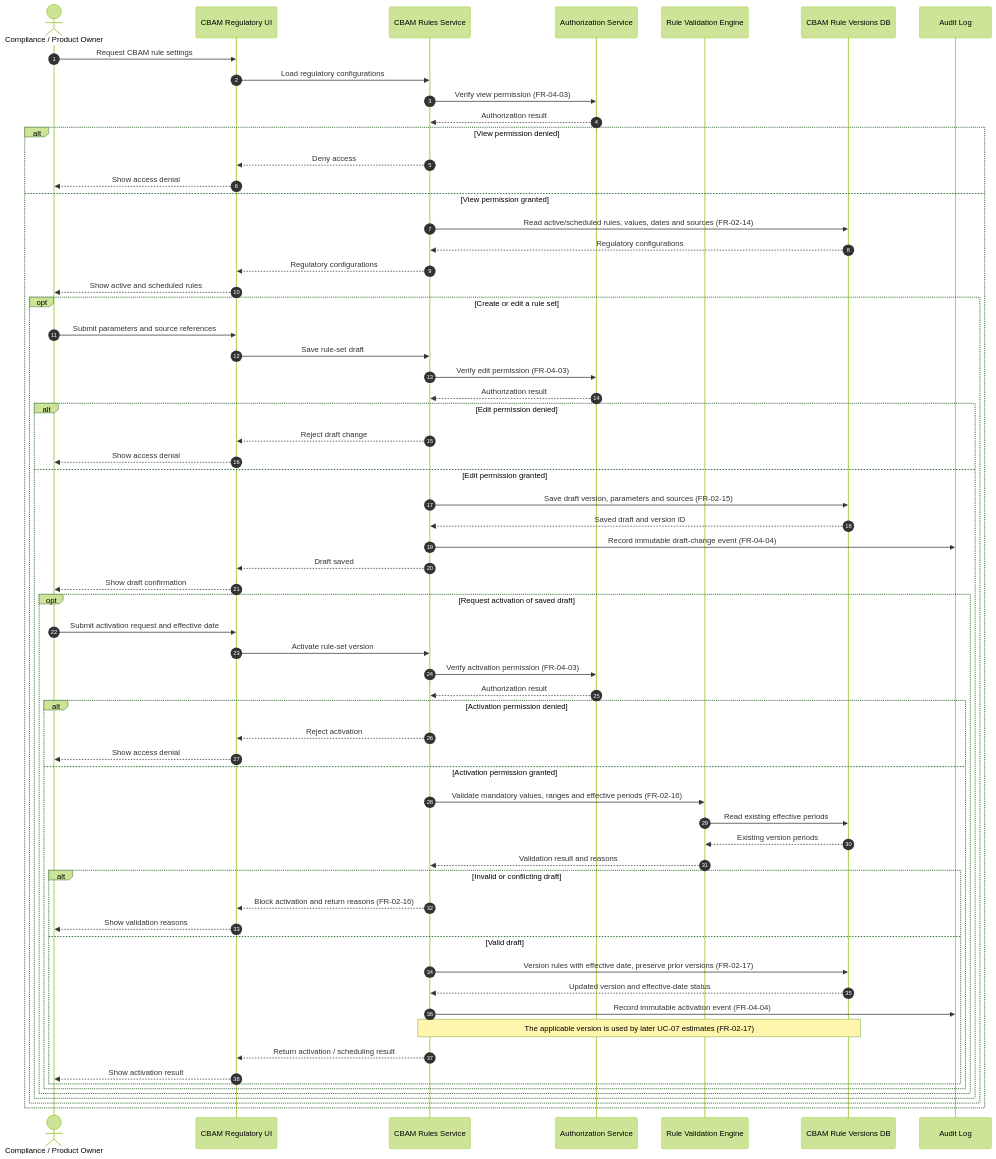
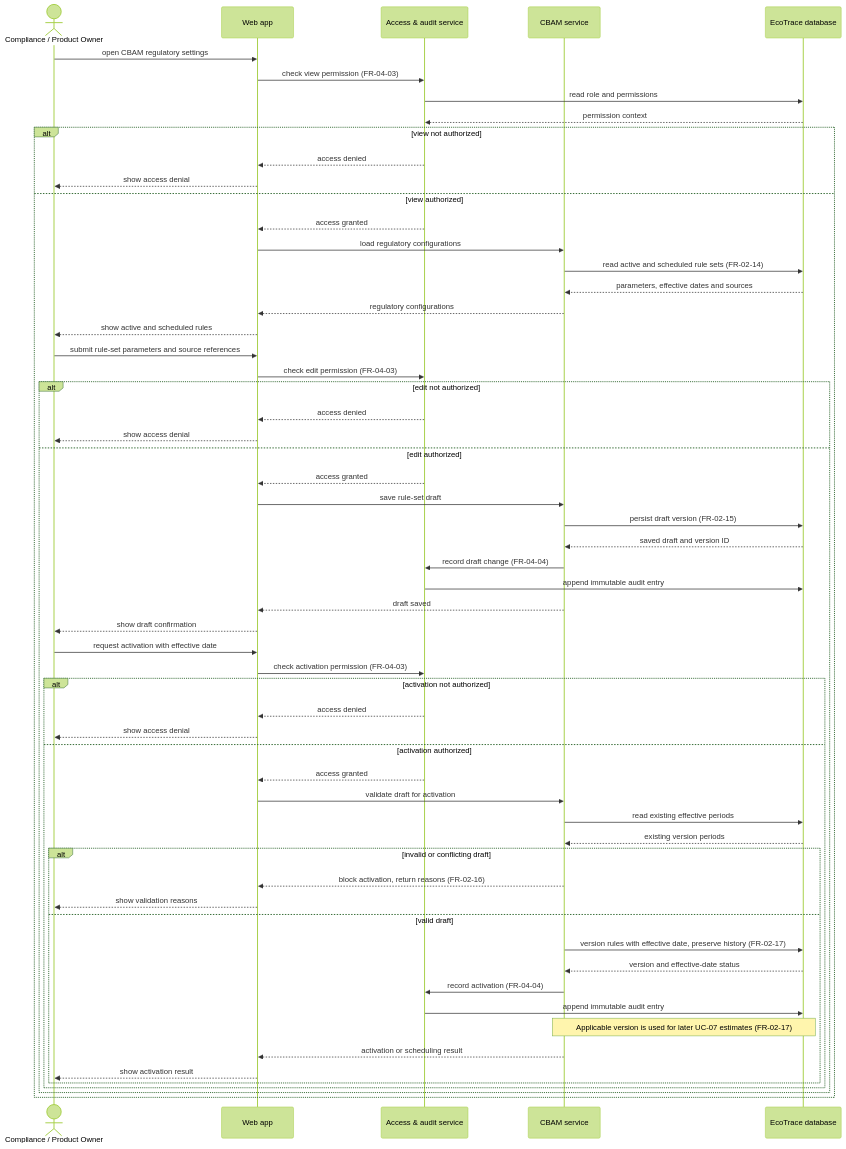
The diagram in docs/use-case/SD-UC-08.md (vankhanhnh-bag/HPDQ-CBAM-system), drawn with Mermaid (forest theme) before and after one commit. The commit also changed other lines of this file, not shown here.

````diff
--- a/docs/use-case/SD-UC-08.md
+++ b/docs/use-case/SD-UC-08.md
@@ -16,73 +12,62 @@
 ```mermaid
 sequenceDiagram
-    autonumber
-    actor PO as Compliance / Product Owner
-    participant UI as CBAM Regulatory UI
-    participant SVC as CBAM Rules Service
-    participant AUTH as Authorization Service
-    participant VAL as Rule Validation Engine
-    participant DB as CBAM Rule Versions DB
-    participant LOG as Audit Log
+  actor PO as Compliance / Product Owner
+  participant W as Web app
+  participant A as Access & audit service
+  participant C as CBAM service
+  participant D as EcoTrace database
 
-    PO->>UI: Request CBAM rule settings
-    UI->>SVC: Load regulatory configurations
-    SVC->>AUTH: Verify view permission (FR-04-03)
-    AUTH-->>SVC: Authorization result
-
-    alt View permission denied
-        SVC-->>UI: Deny access
-        UI-->>PO: Show access denial
-    else View permission granted
-        SVC->>DB: Read active/scheduled rules, values, dates and sources (FR-02-14)
-        DB-->>SVC: Regulatory configurations
-        SVC-->>UI: Regulatory configurations
-        UI-->>PO: Show active and scheduled rules
-
-        opt Create or edit a rule set
-            PO->>UI: Submit parameters and source references
-            UI->>SVC: Save rule-set draft
-            SVC->>AUTH: Verify edit permission (FR-04-03)
-            AUTH-->>SVC: Authorization result
-
-            alt Edit permission denied
-                SVC-->>UI: Reject draft change
-                UI-->>PO: Show access denial
-            else Edit permission granted
-                SVC->>DB: Save draft version, parameters and sources (FR-02-15)
-                DB-->>SVC: Saved draft and version ID
-                SVC->>LOG: Record immutable draft-change event (FR-04-04)
-                SVC-->>UI: Draft saved
-                UI-->>PO: Show draft confirmation
-
-                opt Request activation of saved draft
-                    PO->>UI: Submit activation request and effective date
-                    UI->>SVC: Activate rule-set version
-                    SVC->>AUTH: Verify activation permission (FR-04-03)
-                    AUTH-->>SVC: Authorization result
-
-                    alt Activation permission denied
-                        SVC-->>UI: Reject activation
-                        UI-->>PO: Show access denial
-                    else Activation permission granted
-                        SVC->>VAL: Validate mandatory values, ranges and effective periods (FR-02-16)
-                        VAL->>DB: Read existing effective periods
-                        DB-->>VAL: Existing version periods
-                        VAL-->>SVC: Validation result and reasons
-
-                        alt Invalid or conflicting draft
-                            SVC-->>UI: Block activation and return reasons (FR-02-16)
-                            UI-->>PO: Show validation reasons
-                        else Valid draft
-                            SVC->>DB: Version rules with effective date, preserve prior versions (FR-02-17)
-                            DB-->>SVC: Updated version and effective-date status
-                            SVC->>LOG: Record immutable activation event (FR-04-04)
-                            Note over SVC,DB: The applicable version is used by later UC-07 estimates (FR-02-17)
-                            SVC-->>UI: Return activation / scheduling result
-                            UI-->>PO: Show activation result
-                        end
-                    end
-                end
-            end
+  PO->>W: open CBAM regulatory settings
+  W->>A: check view permission (FR-04-03)
+  A->>D: read role and permissions
+  D-->>A: permission context
+  alt view not authorized
+    A-->>W: access denied
+    W-->>PO: show access denial
+  else view authorized
+    A-->>W: access granted
+    W->>C: load regulatory configurations
+    C->>D: read active and scheduled rule sets (FR-02-14)
+    D-->>C: parameters, effective dates and sources
+    C-->>W: regulatory configurations
+    W-->>PO: show active and scheduled rules
+    PO->>W: submit rule-set parameters and source references
+    W->>A: check edit permission (FR-04-03)
+    alt edit not authorized
+      A-->>W: access denied
+      W-->>PO: show access denial
+    else edit authorized
+      A-->>W: access granted
+      W->>C: save rule-set draft
+      C->>D: persist draft version (FR-02-15)
+      D-->>C: saved draft and version ID
+      C->>A: record draft change (FR-04-04)
+      A->>D: append immutable audit entry
+      C-->>W: draft saved
+      W-->>PO: show draft confirmation
+      PO->>W: request activation with effective date
+      W->>A: check activation permission (FR-04-03)
+      alt activation not authorized
+        A-->>W: access denied
+        W-->>PO: show access denial
+      else activation authorized
+        A-->>W: access granted
+        W->>C: validate draft for activation
+        C->>D: read existing effective periods
+        D-->>C: existing version periods
+        alt invalid or conflicting draft
+          C-->>W: block activation, return reasons (FR-02-16)
+          W-->>PO: show validation reasons
+        else valid draft
+          C->>D: version rules with effective date, preserve history (FR-02-17)
+          D-->>C: version and effective-date status
+          C->>A: record activation (FR-04-04)
+          A->>D: append immutable audit entry
+          Note over C,D: Applicable version is used for later UC-07 estimates (FR-02-17)
+          C-->>W: activation or scheduling result
+          W-->>PO: show activation result
         end
+      end
     end
+  end
 ```
````
